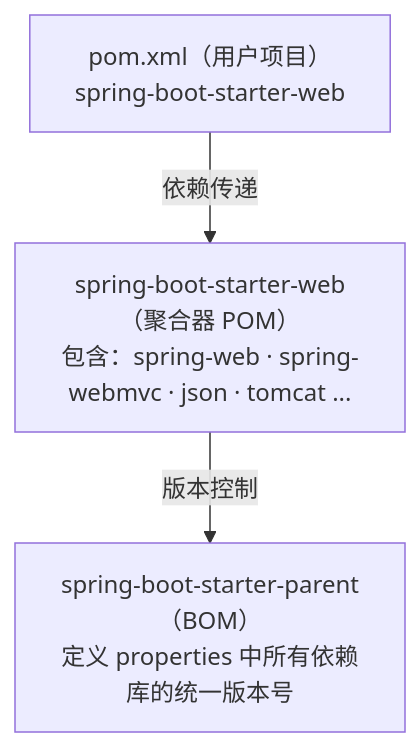
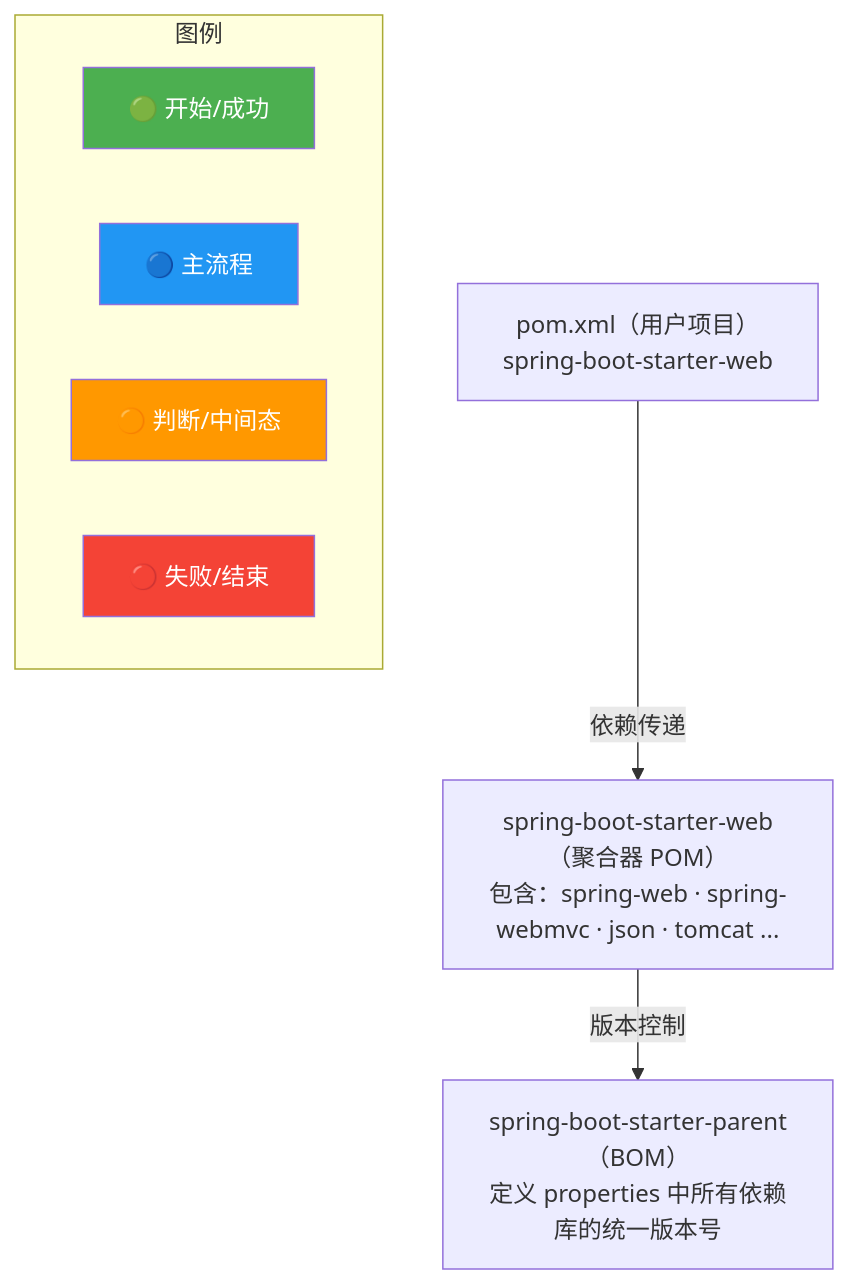
Before and after one commit to SunArthur86/interview-2026: the diagram in questions/java-core/jkc-033.md, drawn with Mermaid. The commit also changed other lines of this file and 3180 other files, not shown here.

First line of the commit message:
Mermaid颜色增强99% + 面试频率分类(高频1571/中频1115/低频461)

````diff
--- a/questions/java-core/jkc-033.md
+++ b/questions/java-core/jkc-033.md
@@ -38,9 +39,37 @@
 ```mermaid
 flowchart TB
+    classDef start fill:#4CAF50,color:#fff
+    classDef process fill:#2196F3,color:#fff
+    classDef decision fill:#FF9800,color:#fff
+    classDef special fill:#9C27B0,color:#fff
+    classDef error fill:#f44336,color:#fff
+    classDef info fill:#607D8B,color:#fff
+    class BOM start
+    class POM process
+    class bom decision
+    class boot special
+    class br error
+    class json info
+    class parent start
+    class pom process
+    class properties decision
+    class spring special
+    class starter error
+    class tomcat info
+    class user start
+    class web process
+    class webmvc decision
+    class xml special
     user["pom.xml（用户项目）<br/>spring-boot-starter-web"]
     starter["spring-boot-starter-web（聚合器 POM）<br/>包含：spring-web · spring-webmvc · json · tomcat ..."]
     bom["spring-boot-starter-parent（BOM）<br/>定义 properties 中所有依赖库的统一版本号"]
 
     user -->|依赖传递| starter
     starter -->|版本控制| bom
+    subgraph Legend["图例"]
+        L1["🟢 开始/成功"]:::start
+        L2["🔵 主流程"]:::process
+        L3["🟠 判断/中间态"]:::decision
+        L4["🔴 失败/结束"]:::error
+    end
 ```
````
